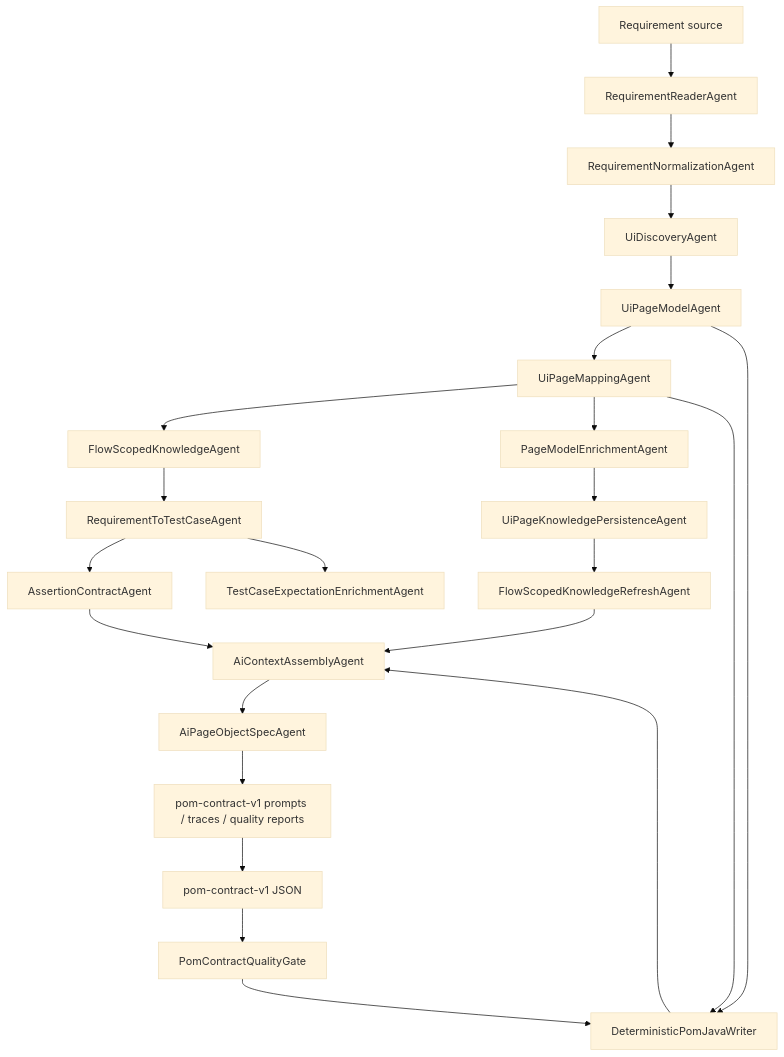
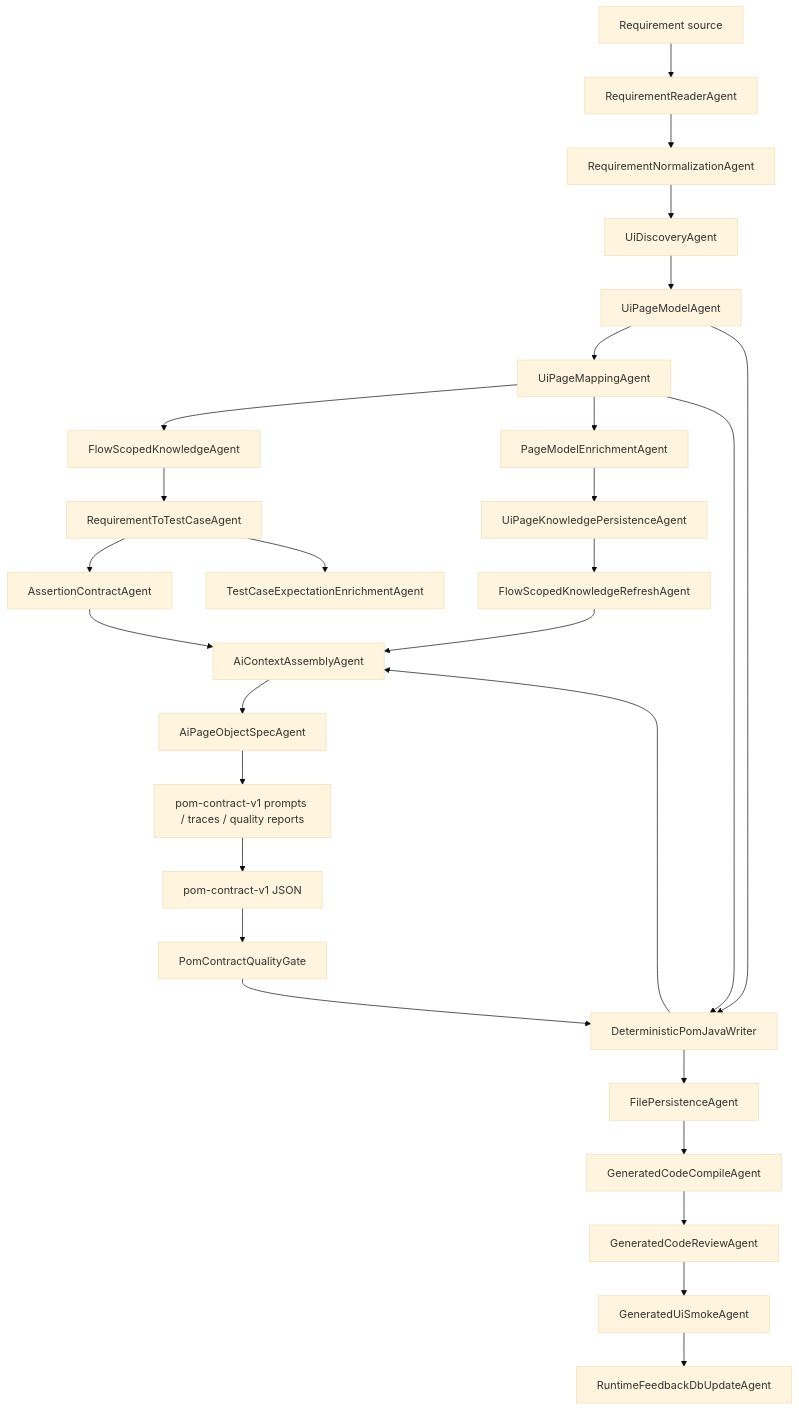
Before and after one commit to PKrasytskyi/AQAI: the first of 2 diagrams in docs/PROJECT_GUIDE.md, drawn with Mermaid (base theme). The commit also changed other lines of this file and 5 other files, not shown here.

````diff
--- a/docs/PROJECT_GUIDE.md
+++ b/docs/PROJECT_GUIDE.md
@@ -38,25 +41,30 @@
 ```mermaid
 flowchart TD
     A["Requirement source"] --> B["RequirementReaderAgent"]
     B --> C["RequirementNormalizationAgent"]
     C --> D["UiDiscoveryAgent"]
     D --> E["UiPageModelAgent"]
     E --> F["UiPageMappingAgent"]
     F --> G["FlowScopedKnowledgeAgent"]
     G --> H["RequirementToTestCaseAgent"]
     H --> I["AssertionContractAgent"]
     H --> J["TestCaseExpectationEnrichmentAgent"]
     F --> K["PageModelEnrichmentAgent"]
     K --> L["UiPageKnowledgePersistenceAgent"]
     L --> M["FlowScopedKnowledgeRefreshAgent"]
     I --> N["AiContextAssemblyAgent"]
     M --> N
     E --> S["SemanticActionModelBuilder"]
     F --> S
     S --> N
     N --> O["AiPageObjectSpecAgent"]
     O --> P["pom-contract-v1 prompts / traces / quality reports"]
     P --> Q["pom-contract-v1 JSON"]
     Q --> R["PomContractQualityGate"]
     R --> S["DeterministicPomJavaWriter"]
+    S --> T["FilePersistenceAgent"]
+    T --> U["GeneratedCodeCompileAgent"]
+    U --> V["GeneratedCodeReviewAgent"]
+    V --> W["GeneratedUiSmokeAgent"]
+    W --> X["RuntimeFeedbackDbUpdateAgent"]
 ```
````
